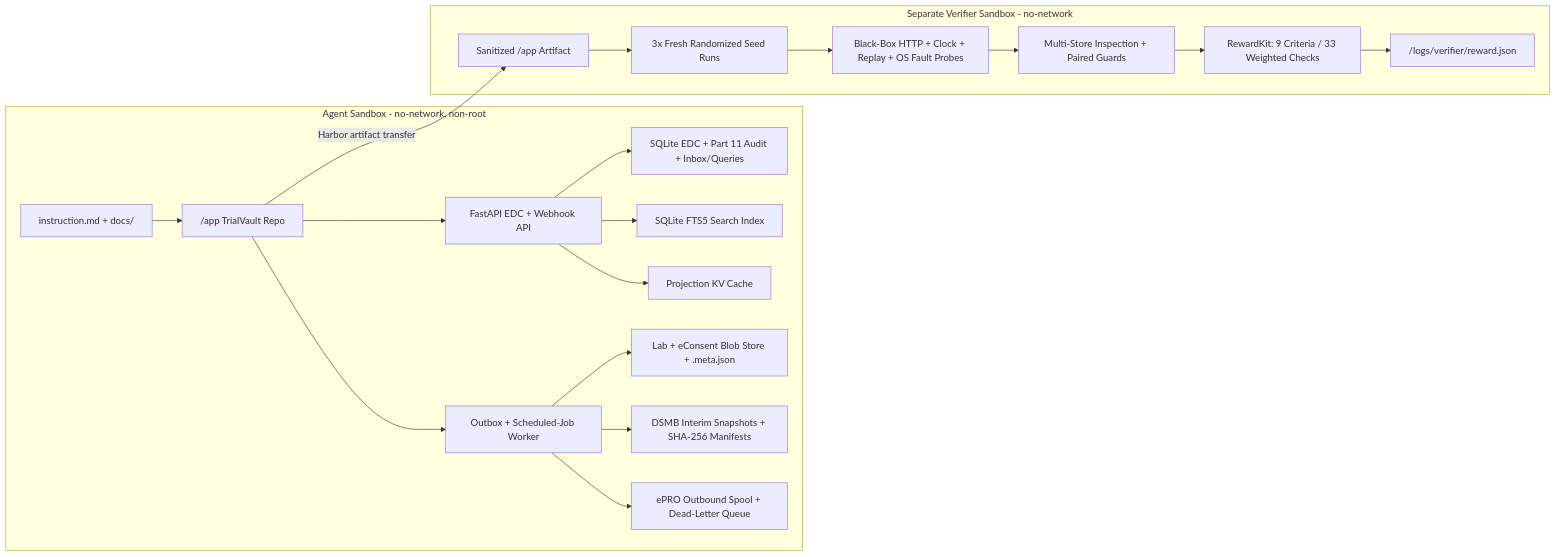
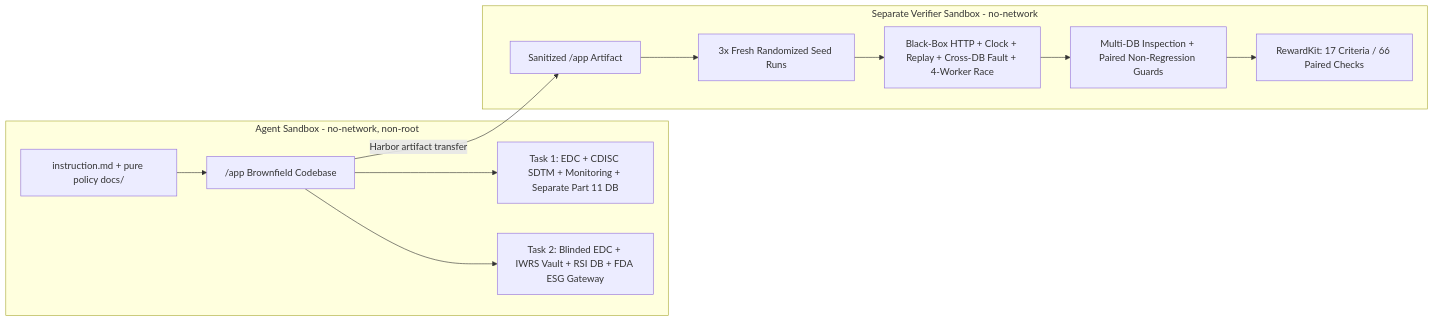
The diagram in README.md (Praneeth16/trialvault-rl-gym), drawn with Mermaid before and after one commit. The commit also changed other lines of this file and 123 other files, not shown here.

First line of the commit message:
Expand TrialVault into a 2-task multi-DB HLS RL Gym and harden v4 sinks

````diff
--- a/README.md
+++ b/README.md
@@ -17,24 +20,17 @@
 ```mermaid
 flowchart LR
   subgraph agentSandbox [Agent Sandbox - no-network, non-root]
-    instr["instruction.md + docs/"] --> appCode["/app TrialVault Repo"]
-    appCode --> apiSvc["FastAPI EDC + Webhook API"]
-    appCode --> workerSvc["Outbox + Scheduled-Job Worker"]
-    apiSvc --> edcDb["SQLite EDC + Part 11 Audit + Inbox/Queries"]
-    apiSvc --> searchIdx["SQLite FTS5 Search Index"]
-    apiSvc --> projCache["Projection KV Cache"]
-    workerSvc --> blobStore["Lab + eConsent Blob Store + .meta.json"]
-    workerSvc --> exportStore["DSMB Interim Snapshots + SHA-256 Manifests"]
-    workerSvc --> notifSpool["ePRO Outbound Spool + Dead-Letter Queue"]
+    instr["instruction.md + pure policy docs/"] --> appCode["/app Brownfield Codebase"]
+    appCode --> task1["Task 1: EDC + CDISC SDTM + Monitoring + Separate Part 11 DB"]
+    appCode --> task2["Task 2: Blinded EDC + IWRS Vault + RSI DB + FDA ESG Gateway"]
   end
 
   subgraph verifierSandbox [Separate Verifier Sandbox - no-network]
     artifactCopy["Sanitized /app Artifact"] --> seedRun["3x Fresh Randomized Seed Runs"]
-    seedRun --> apiProbe["Black-Box HTTP + Clock + Replay + OS Fault Probes"]
-    apiProbe --> storeAudit["Multi-Store Inspection + Paired Guards"]
-    storeAudit --> rewardKit["RewardKit: 9 Criteria / 33 Weighted Checks"]
-    rewardKit --> rewardJson["/logs/verifier/reward.json"]
+    seedRun --> apiProbe["Black-Box HTTP + Clock + Replay + Cross-DB Fault + 4-Worker Race"]
+    apiProbe --> storeAudit["Multi-DB Inspection + Paired Non-Regression Guards"]
+    storeAudit --> rewardKit["RewardKit: 17 Criteria / 66 Paired Checks"]
   end
 
   appCode -->|"Harbor artifact transfer"| artifactCopy
 ```
````
